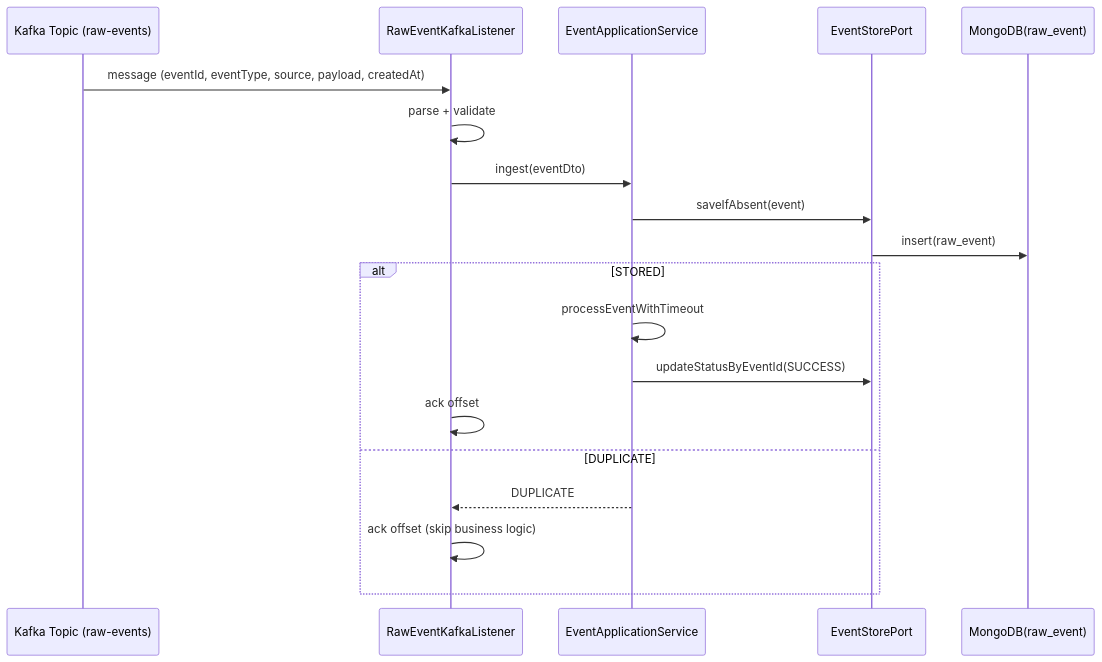
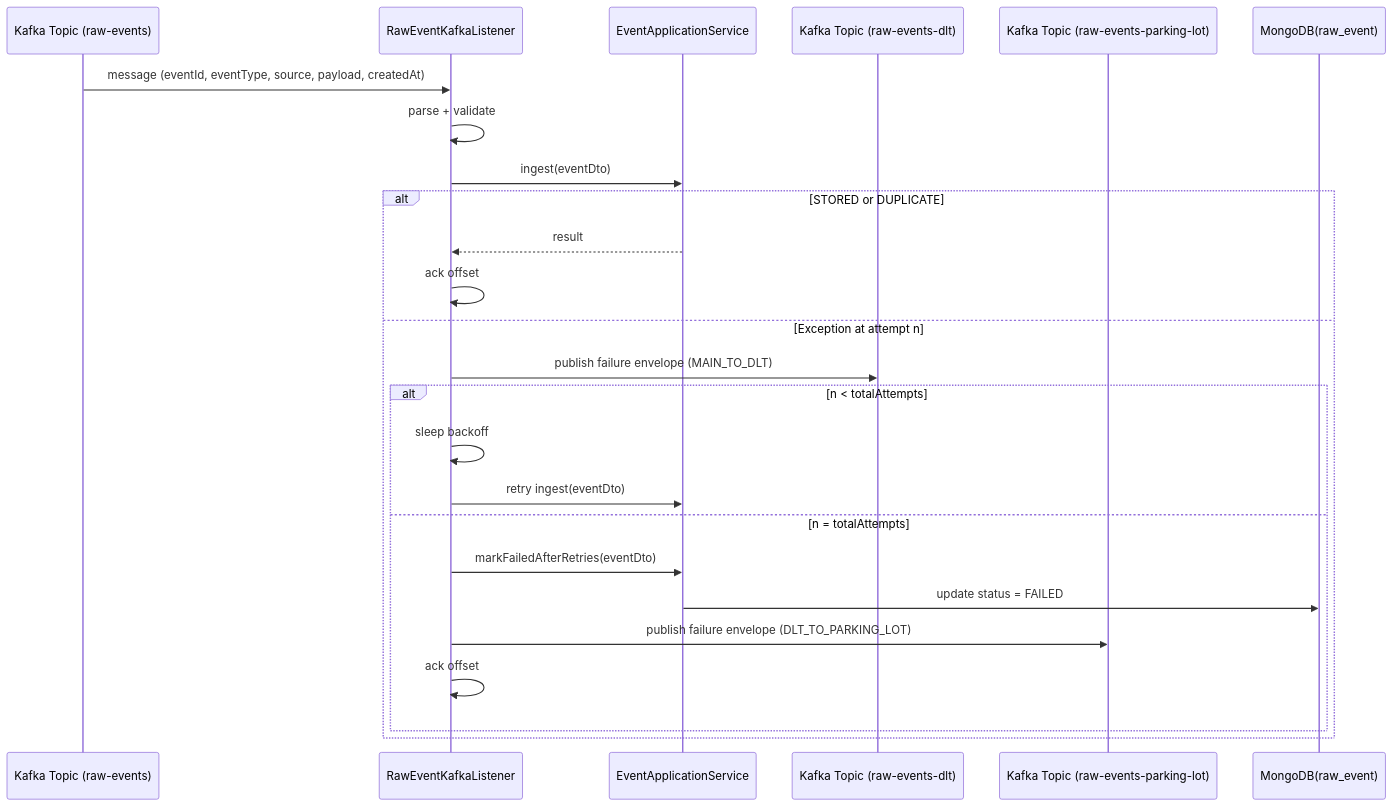
The third of 3 diagrams in README.md (nguyentrongvy151995/data-hub), drawn with Mermaid before and after one commit. The commit also changed other lines of this file, not shown here.

````diff
--- a/README.md
+++ b/README.md
@@ -87,23 +87,30 @@
 ```mermaid
 sequenceDiagram
     participant K as Kafka Topic (raw-events)
     participant L as RawEventKafkaListener
     participant S as EventApplicationService
-    participant P as EventStorePort
+    participant D as Kafka Topic (raw-events-dlt)
+    participant PK as Kafka Topic (raw-events-parking-lot)
     participant DB as MongoDB(raw_event)
 
     K->>L: message (eventId, eventType, source, payload, createdAt)
     L->>L: parse + validate
     L->>S: ingest(eventDto)
-    S->>P: saveIfAbsent(event)
-    P->>DB: insert(raw_event)
 
-    alt STORED
-        S->>S: processEventWithTimeout
-        S->>P: updateStatusByEventId(SUCCESS)
+    alt STORED or DUPLICATE
+        S-->>L: result
         L->>L: ack offset
-    else DUPLICATE
-        S-->>L: DUPLICATE
-        L->>L: ack offset (skip business logic)
+    else Exception at attempt n
+        L->>D: publish failure envelope (MAIN_TO_DLT)
+
+        alt n < totalAttempts
+            L->>L: sleep backoff
+            L->>S: retry ingest(eventDto)
+        else n = totalAttempts
+            L->>S: markFailedAfterRetries(eventDto)
+            S->>DB: update status = FAILED
+            L->>PK: publish failure envelope (DLT_TO_PARKING_LOT)
+            L->>L: ack offset
+        end
     end
 ```
````
